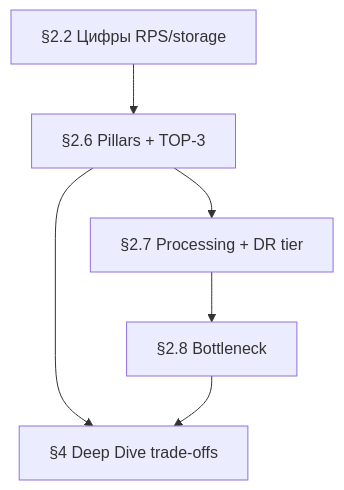
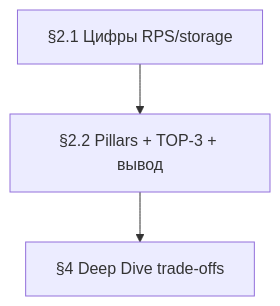
Before and after one commit to Mr-Radion/system-design-interview: the second of 2 diagrams in FRAMEWORK.md, drawn with Mermaid. The commit also changed other lines of this file and 11 other files, not shown here.

Commit message:
docs: simplify NFR step to §2.1 numbers + §2.2 pillars/вывод

````diff
--- a/FRAMEWORK.md
+++ b/FRAMEWORK.md
@@ -55,14 +55,9 @@
 ```mermaid
 flowchart TD
-    N22["§2.2 Цифры RPS/storage"]
-    N26["§2.6 Pillars + TOP-3"]
-    N27["§2.7 Processing + DR tier"]
-    N28["§2.8 Bottleneck"]
+    N21["§2.1 Цифры RPS/storage"]
+    N22["§2.2 Pillars + TOP-3 + вывод"]
     D4["§4 Deep Dive trade-offs"]
 
-    N22 --> N26
-    N26 --> N27
-    N27 --> N28
-    N26 --> D4
-    N28 --> D4
+    N21 --> N22
+    N22 --> D4
 ```
````
